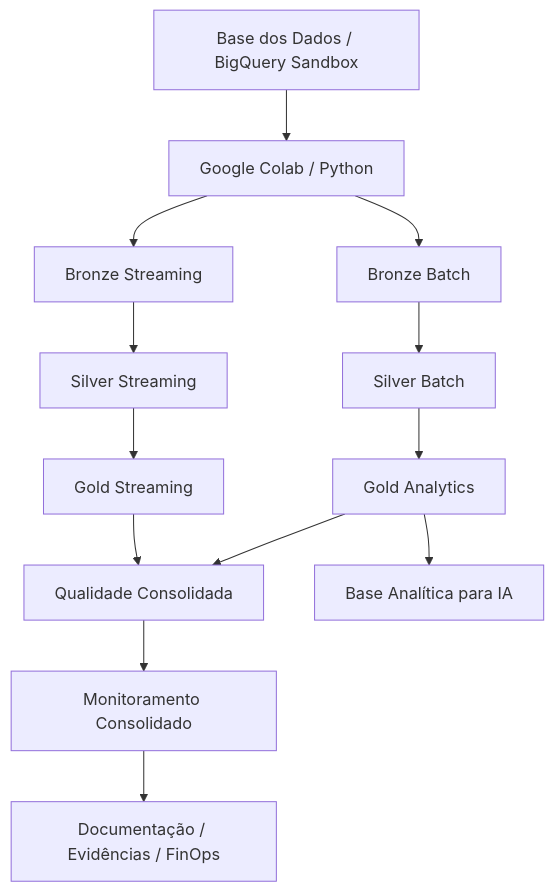
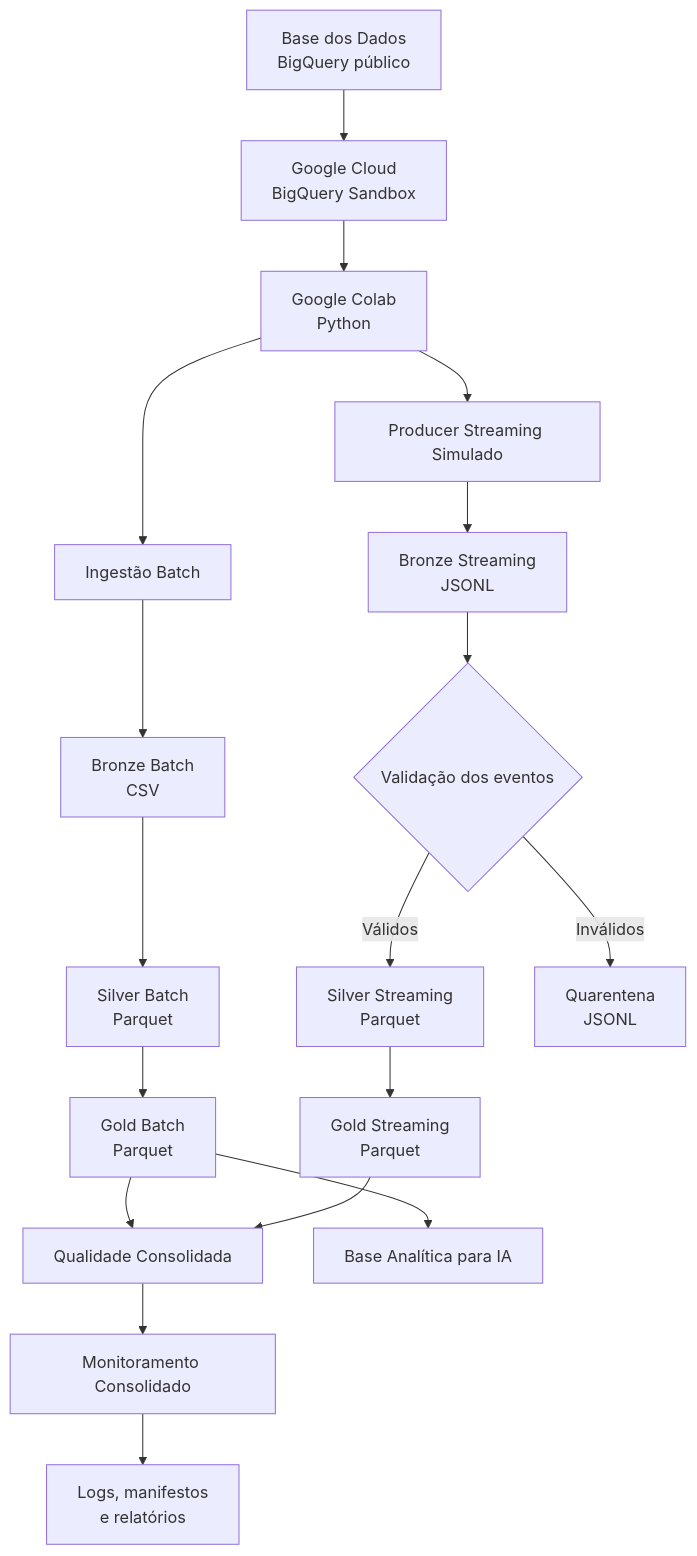
The first of 4 diagrams in README.md (acorrea79/techchallenge-fase2-pipeline-alfabetizacao), drawn with Mermaid before and after one commit. The commit also changed other lines of this file and 7 other files, not shown here.

````diff
--- a/README.md
+++ b/README.md
@@ -85,21 +145,29 @@
 ```mermaid
 flowchart TD
-    A[Base dos Dados / BigQuery Sandbox] --> B[Google Colab / Python]
+    A[Base dos Dados<br/>BigQuery público] --> B[Google Cloud<br/>BigQuery Sandbox]
 
-    B --> C[Bronze Batch]
-    B --> D[Bronze Streaming]
+    B --> C[Google Colab<br/>Python]
 
-    C --> E[Silver Batch]
-    D --> F[Silver Streaming]
+    C --> D[Ingestão Batch]
+    C --> E[Producer Streaming Simulado]
 
-    E --> G[Gold Analytics]
-    F --> H[Gold Streaming]
+    D --> F[Bronze Batch<br/>CSV]
+    E --> G[Bronze Streaming<br/>JSONL]
 
-    G --> I[Qualidade Consolidada]
-    H --> I
+    F --> H[Silver Batch<br/>Parquet]
+    G --> I{Validação dos eventos}
 
-    I --> J[Monitoramento Consolidado]
-    J --> K[Documentação / Evidências / FinOps]
+    I -->|Válidos| J[Silver Streaming<br/>Parquet]
+    I -->|Inválidos| K[Quarentena<br/>JSONL]
 
-    G --> L[Base Analítica para IA]
+    H --> L[Gold Batch<br/>Parquet]
+    J --> M[Gold Streaming<br/>Parquet]
+
+    L --> N[Qualidade Consolidada]
+    M --> N
+
+    N --> O[Monitoramento Consolidado]
+    O --> P[Logs, manifestos<br/>e relatórios]
+
+    L --> Q[Base Analítica para IA]
 ```
````
